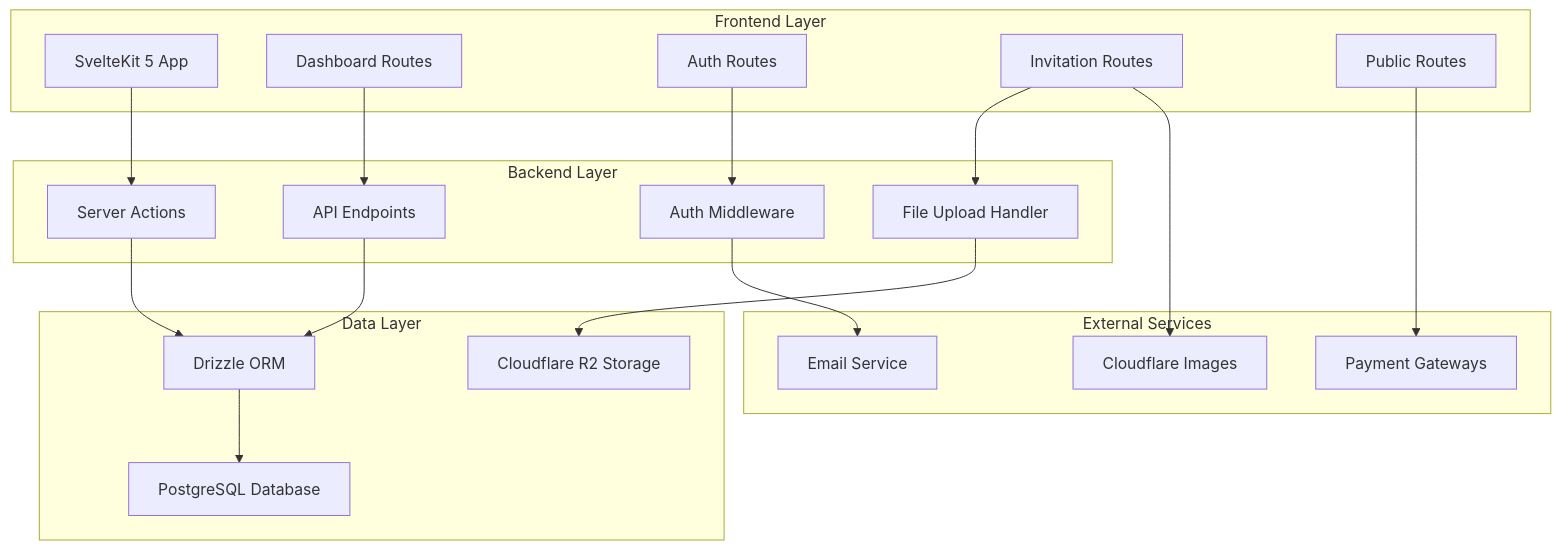
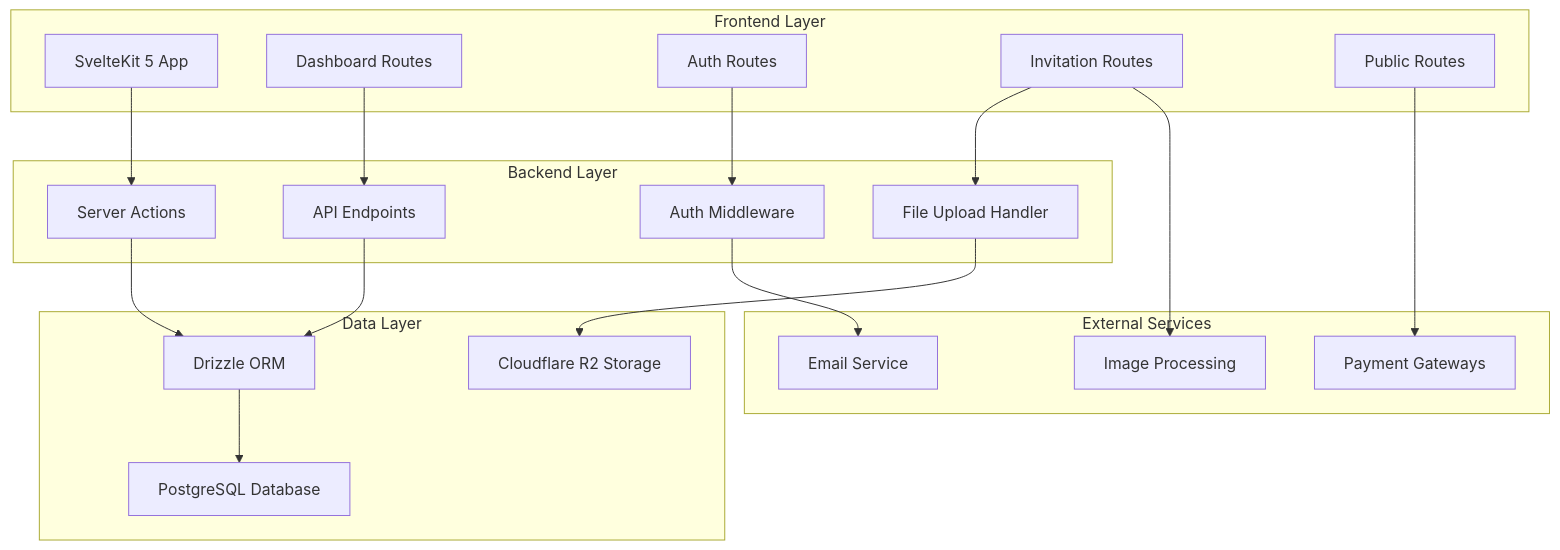
One commit to sepagian/vowsmarry changed the first of 2 diagrams in .kiro/specs/wedding-planner-dashboard/design.md. Above: the diagram before and after it, drawn with Mermaid. The commit also changed other lines of this file and 1 other file, not shown here.

````diff
--- a/.kiro/specs/wedding-planner-dashboard/design.md
+++ b/.kiro/specs/wedding-planner-dashboard/design.md
@@ -20,41 +50,41 @@
 ```mermaid
 graph TB
     subgraph "Frontend Layer"
         A[SvelteKit 5 App]
         B[Dashboard Routes]
         C[Auth Routes]
         D[Invitation Routes]
         E[Public Routes]
     end
     
     subgraph "Backend Layer"
         F[Server Actions]
         G[API Endpoints]
         H[Auth Middleware]
         I[File Upload Handler]
     end
     
     subgraph "Data Layer"
         J[Drizzle ORM]
         K[PostgreSQL Database]
         L[Cloudflare R2 Storage]
     end
     
     subgraph "External Services"
         M[Email Service]
-        N[Cloudflare Images]
+        N[Image Processing]
         O[Payment Gateways]
     end
     
     A --> F
     B --> G
     C --> H
     D --> I
     F --> J
     G --> J
     J --> K
     I --> L
     H --> M
     D --> N
     E --> O
 ```
````
